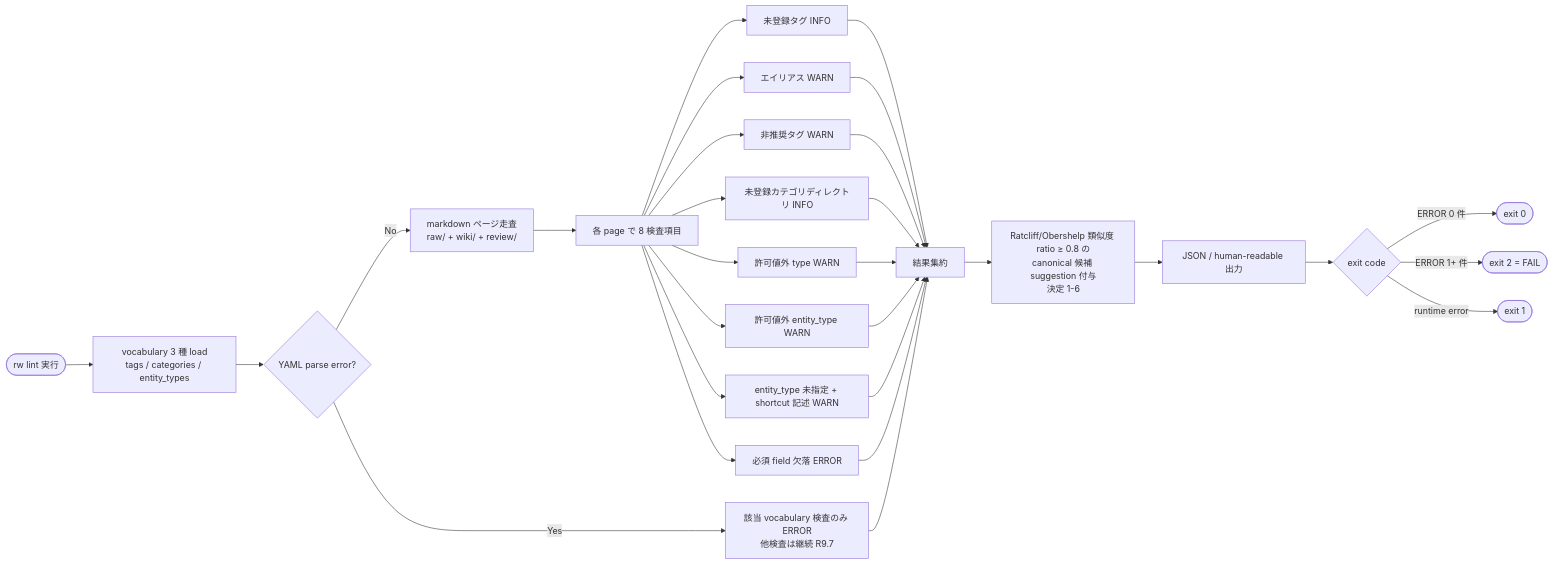
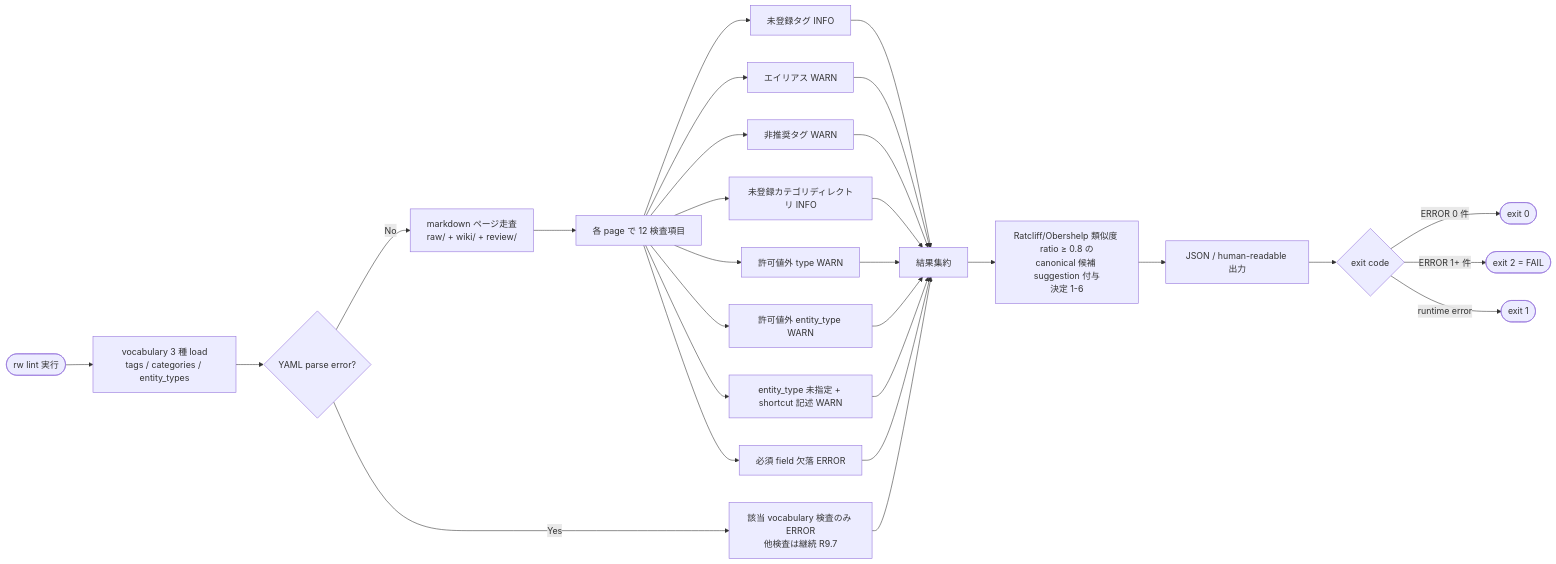
One commit to kenoogl/Rwiki-dev changed the third of 6 diagrams in .kiro/specs/rwiki-v2-classification/design.md. Above: the diagram before and after it, drawn with Mermaid. The commit also changed other lines of this file and 1 other file, not shown here.

````diff
--- a/.kiro/specs/rwiki-v2-classification/design.md
+++ b/.kiro/specs/rwiki-v2-classification/design.md
@@ -251,31 +252,31 @@
 ```mermaid
 flowchart LR
   Trigger([rw lint 実行]) --> LoadVocab[vocabulary 3 種 load<br>tags / categories / entity_types]
   LoadVocab --> ParseError{YAML parse error?}
   ParseError -->|Yes| FailSoft[該当 vocabulary 検査のみ ERROR<br>他検査は継続 R9.7]
   ParseError -->|No| WalkPages[markdown ページ走査<br>raw/ + wiki/ + review/]
-  WalkPages --> CheckEach[各 page で 8 検査項目]
+  WalkPages --> CheckEach[各 page で 12 検査項目]
   CheckEach --> CheckTags[未登録タグ INFO]
   CheckEach --> CheckAlias[エイリアス WARN]
   CheckEach --> CheckDeprecated[非推奨タグ WARN]
   CheckEach --> CheckCategory[未登録カテゴリディレクトリ INFO]
   CheckEach --> CheckType[許可値外 type WARN]
   CheckEach --> CheckEntityType[許可値外 entity_type WARN]
   CheckEach --> CheckShortcut[entity_type 未指定 + shortcut 記述 WARN]
   CheckEach --> CheckRequired[必須 field 欠落 ERROR]
   CheckTags --> Aggregate[結果集約]
   CheckAlias --> Aggregate
   CheckDeprecated --> Aggregate
   CheckCategory --> Aggregate
   CheckType --> Aggregate
   CheckEntityType --> Aggregate
   CheckShortcut --> Aggregate
   CheckRequired --> Aggregate
   FailSoft --> Aggregate
   Aggregate --> Suggest[Ratcliff/Obershelp 類似度 ratio ≥ 0.8 の<br>canonical 候補 suggestion 付与<br>決定 1-6]
   Suggest --> Output[JSON / human-readable 出力]
   Output --> ExitCode{exit code}
   ExitCode -->|ERROR 0 件| Exit0([exit 0])
   ExitCode -->|ERROR 1+ 件| Exit2([exit 2 = FAIL])
   ExitCode -->|runtime error| Exit1([exit 1])
 ```
````
